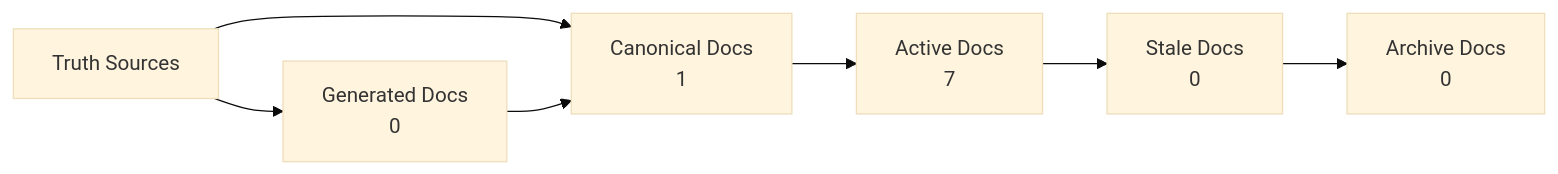
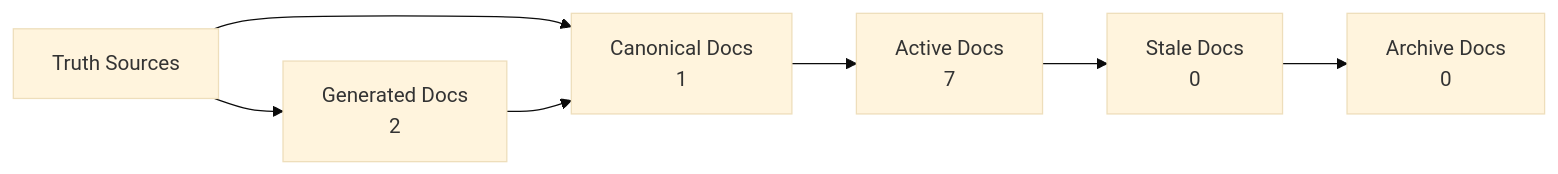
One commit to Latimer-Woods-Tech/xpelevator changed the diagram in docs/_generated/docs-trust-map.md. Above: the diagram before and after it, drawn with Mermaid (base theme). The commit also changed 1 other file, not shown here.

Commit message:
chore(docs): stabilize generated docs graph

````diff
--- a/docs/_generated/docs-trust-map.md
+++ b/docs/_generated/docs-trust-map.md
@@ -20,14 +20,14 @@
 ```mermaid
 flowchart LR
   truth["Truth Sources"] --> canonical["Canonical Docs"]
   canonical --> active["Active Docs"]
   active --> stale["Stale Docs"]
   stale --> archive["Archive Docs"]
   canonical["Canonical Docs\n1"]
   active["Active Docs\n7"]
   stale["Stale Docs\n0"]
   archive["Archive Docs\n0"]
-  generated["Generated Docs\n0"]
+  generated["Generated Docs\n2"]
   truth --> generated
   generated --> canonical
 ```
````
